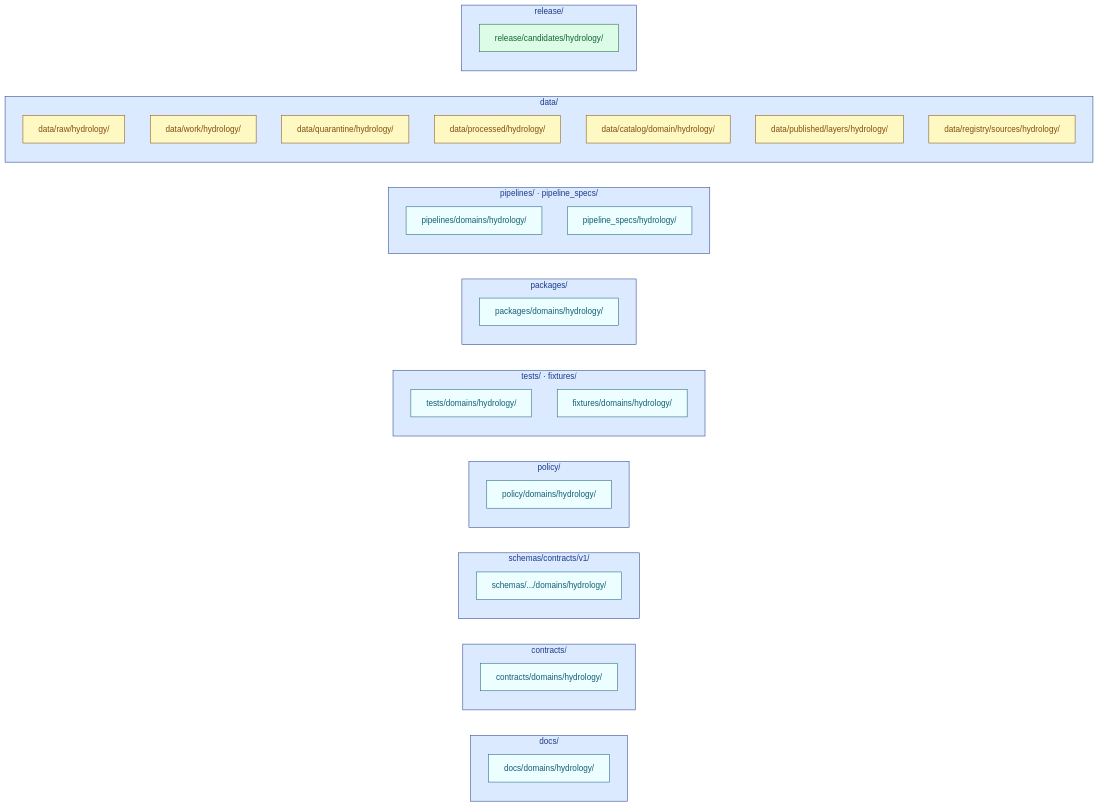
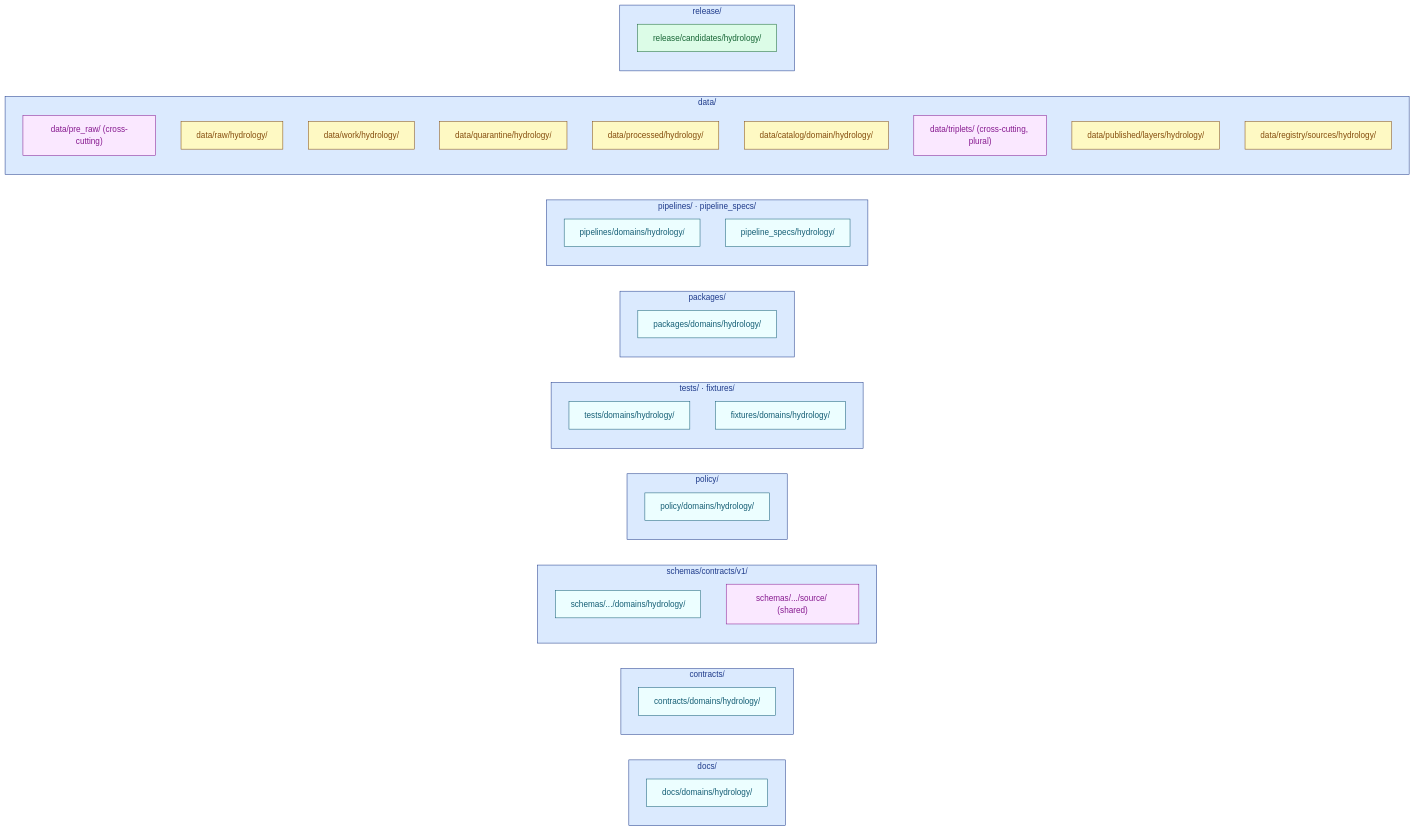
The diagram in docs/domains/hydrology/MISSING_OR_PLANNED_FILES.md (bartytime4life/Kansas-Frontier-Matrix), drawn with Mermaid before and after one commit. The commit also changed other lines of this file, not shown here.

````diff
--- a/docs/domains/hydrology/MISSING_OR_PLANNED_FILES.md
+++ b/docs/domains/hydrology/MISSING_OR_PLANNED_FILES.md
@@ -112,53 +111,57 @@
 ```mermaid
 flowchart LR
   classDef root fill:#dbeafe,stroke:#1e3a8a,stroke-width:1px,color:#1e3a8a;
   classDef seg  fill:#ecfeff,stroke:#155e75,stroke-width:1px,color:#155e75;
   classDef data fill:#fef9c3,stroke:#854d0e,stroke-width:1px,color:#854d0e;
+  classDef xc   fill:#fae8ff,stroke:#86198f,stroke-width:1px,color:#86198f;
   classDef rel  fill:#dcfce7,stroke:#166534,stroke-width:1px,color:#166534;
 
   subgraph DOC["docs/"]
     D1["docs/domains/hydrology/"]:::seg
   end
   subgraph CON["contracts/"]
     C1["contracts/domains/hydrology/"]:::seg
   end
   subgraph SCH["schemas/contracts/v1/"]
     S1["schemas/.../domains/hydrology/"]:::seg
+    S2["schemas/.../source/ (shared)"]:::xc
   end
   subgraph POL["policy/"]
     P1["policy/domains/hydrology/"]:::seg
   end
   subgraph TEST["tests/ · fixtures/"]
     T1["tests/domains/hydrology/"]:::seg
     F1["fixtures/domains/hydrology/"]:::seg
   end
   subgraph PKG["packages/"]
     K1["packages/domains/hydrology/"]:::seg
   end
   subgraph PIP["pipelines/ · pipeline_specs/"]
     PP1["pipelines/domains/hydrology/"]:::seg
     PP2["pipeline_specs/hydrology/"]:::seg
   end
   subgraph DAT["data/"]
+    PRE["data/pre_raw/ (cross-cutting)"]:::xc
     DR["data/raw/hydrology/"]:::data
     DW["data/work/hydrology/"]:::data
     DQ["data/quarantine/hydrology/"]:::data
     DP["data/processed/hydrology/"]:::data
     DC["data/catalog/domain/hydrology/"]:::data
+    DT["data/triplets/ (cross-cutting, plural)"]:::xc
     DPB["data/published/layers/hydrology/"]:::data
     DRG["data/registry/sources/hydrology/"]:::data
   end
   subgraph REL["release/"]
     R1["release/candidates/hydrology/"]:::rel
   end
 
   DOC:::root
   CON:::root
   SCH:::root
   POL:::root
   TEST:::root
   PKG:::root
   PIP:::root
   DAT:::root
   REL:::root
 ```
````
